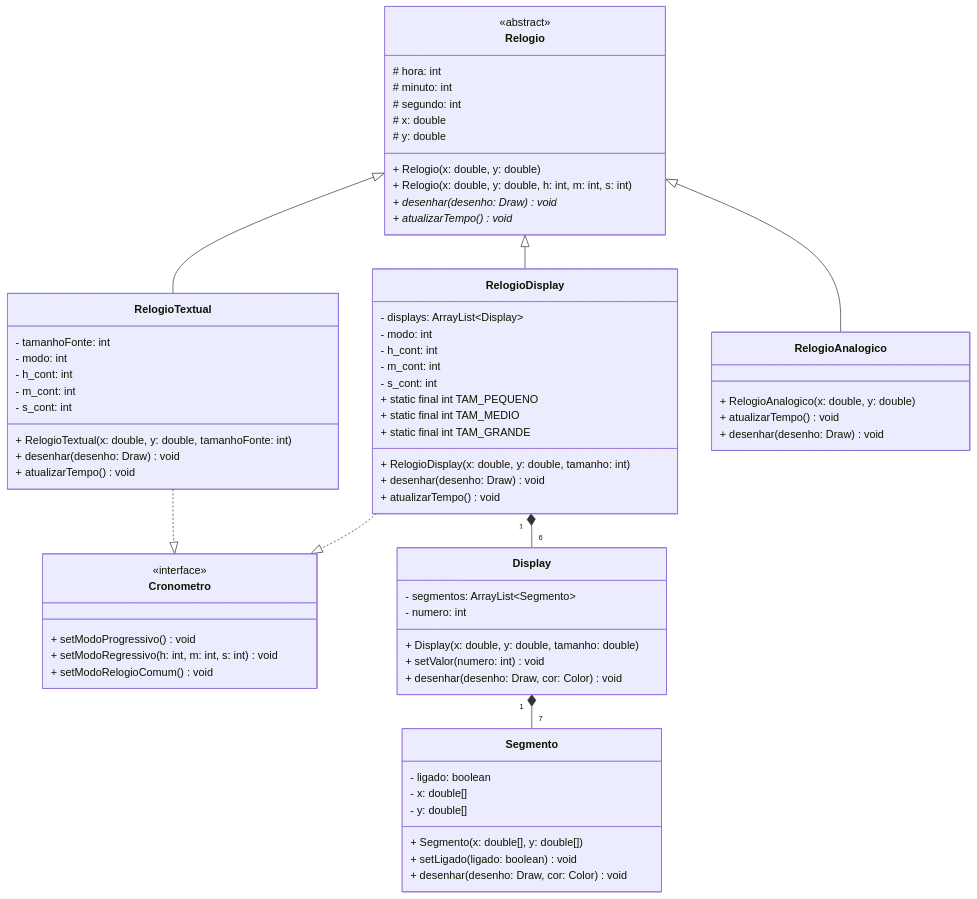
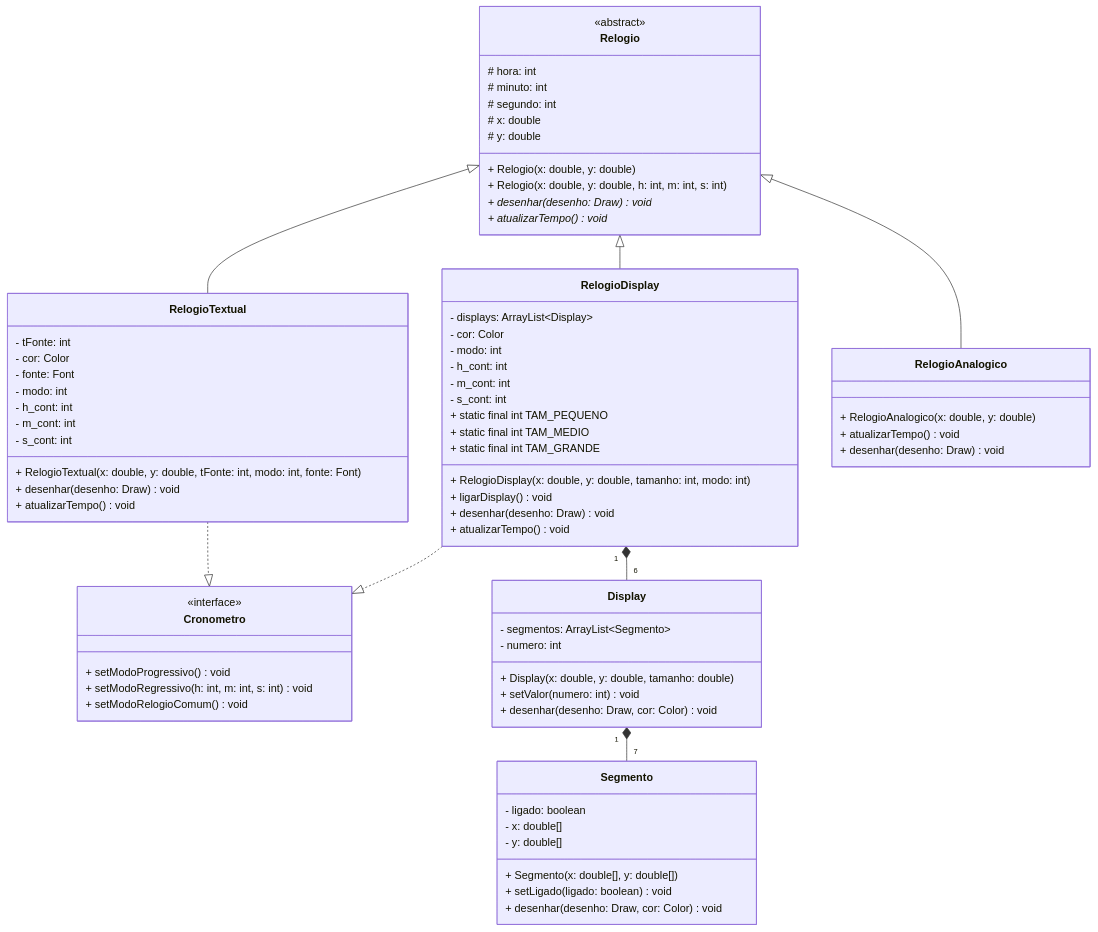
The diagram in lab_06/README.md (sfvini/POO), drawn with Mermaid before and after one commit. The commit also changed 27 other files, not shown here.

Commit message:
UML e RelogioDisplay

```diff
--- a/lab_06/README.md
+++ b/lab_06/README.md
@@ -33,6 +33,7 @@
 
     class RelogioDisplay {
         - displays: ArrayList~Display~
+        - cor: Color
         - modo: int
         - h_cont: int
         - m_cont: int
@@ -40,18 +41,21 @@
         + static final int TAM_PEQUENO
         + static final int TAM_MEDIO
         + static final int TAM_GRANDE
-        + RelogioDisplay(x: double, y: double, tamanho: int)
+        + RelogioDisplay(x: double, y: double, tamanho: int, modo: int)
+        + ligarDisplay() void
         + desenhar(desenho: Draw) void
         + atualizarTempo() void
     }
 
     class RelogioTextual {
-        - tamanhoFonte: int
+        - tFonte: int
+        - cor: Color
+        - fonte: Font
         - modo: int
         - h_cont: int
         - m_cont: int
         - s_cont: int
-        + RelogioTextual(x: double, y: double, tamanhoFonte: int)
+        + RelogioTextual(x: double, y: double, tFonte: int, modo: int, fonte: Font)
         + desenhar(desenho: Draw) void
         + atualizarTempo() void
     }
```
